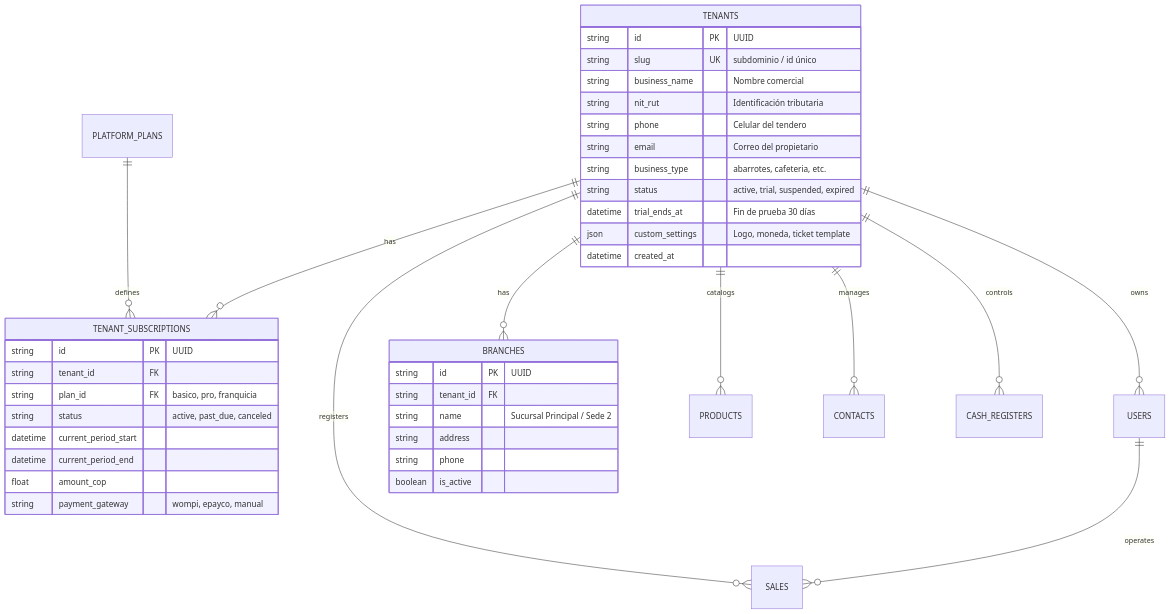
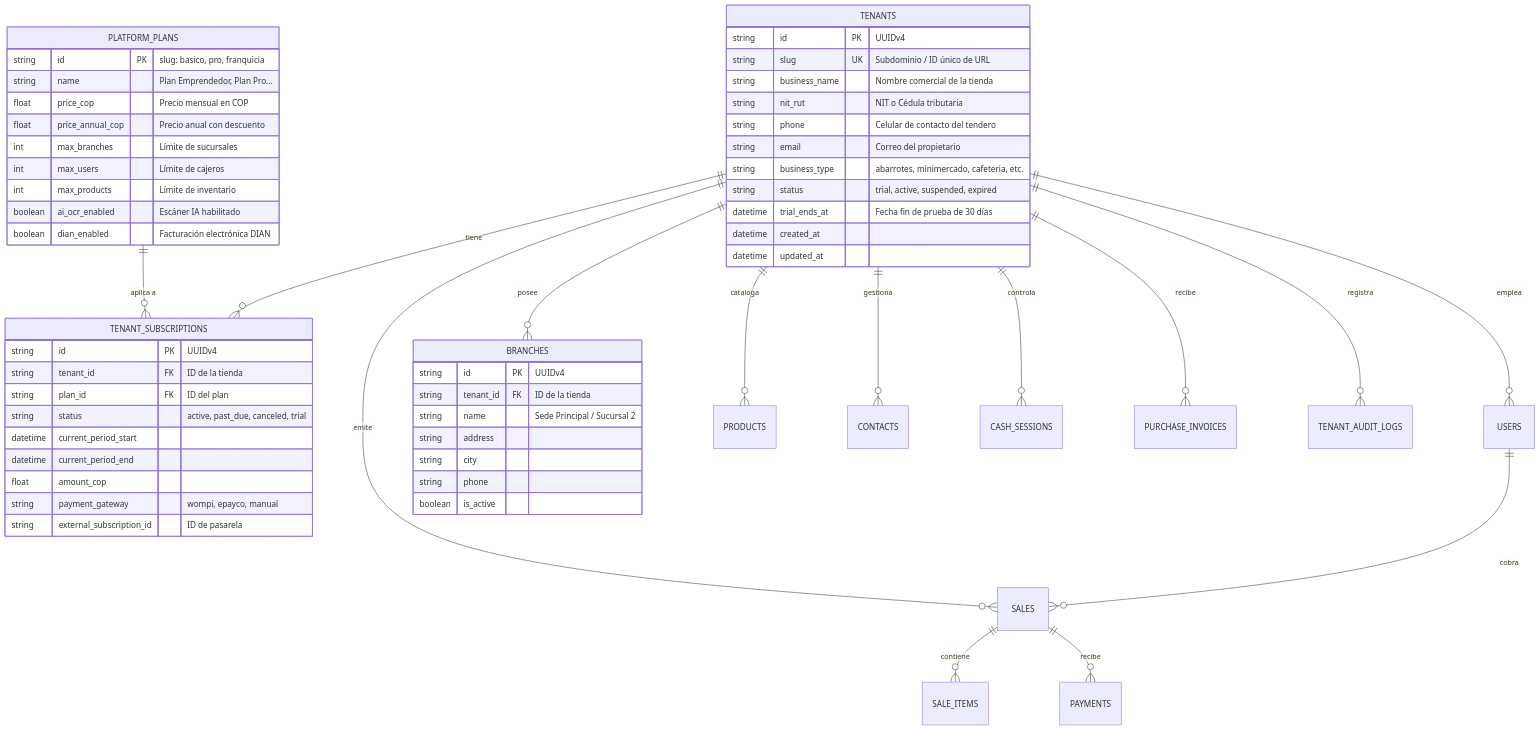
One commit to camilolealdev/Jrpos changed the diagram in docs/PLAN_ARQUITECTURA_SAAS_MULTITENANT_Y_ROLES.md. Above: the diagram before and after it, drawn with Mermaid. The commit also changed other lines of this file, not shown here.

Commit message:
docs: actualizar plan maestro con esquema DDL detallado de base de datos multi-tenant

````diff
--- a/docs/PLAN_ARQUITECTURA_SAAS_MULTITENANT_Y_ROLES.md
+++ b/docs/PLAN_ARQUITECTURA_SAAS_MULTITENANT_Y_ROLES.md
@@ -91,46 +91,64 @@
 ```mermaid
 erDiagram
-    PLATFORM_PLANS ||--o{ TENANT_SUBSCRIPTIONS : defines
-    TENANTS ||--o{ TENANT_SUBSCRIPTIONS : has
-    TENANTS ||--o{ USERS : owns
-    TENANTS ||--o{ BRANCHES : has
-    TENANTS ||--o{ PRODUCTS : catalogs
-    TENANTS ||--o{ SALES : registers
-    TENANTS ||--o{ CONTACTS : manages
-    TENANTS ||--o{ CASH_REGISTERS : controls
-    USERS ||--o{ SALES : operates
+    PLATFORM_PLANS ||--o{ TENANT_SUBSCRIPTIONS : "aplica a"
+    TENANTS ||--o{ TENANT_SUBSCRIPTIONS : "tiene"
+    TENANTS ||--o{ USERS : "emplea"
+    TENANTS ||--o{ BRANCHES : "posee"
+    TENANTS ||--o{ PRODUCTS : "cataloga"
+    TENANTS ||--o{ SALES : "emite"
+    TENANTS ||--o{ CONTACTS : "gestiona"
+    TENANTS ||--o{ CASH_SESSIONS : "controla"
+    TENANTS ||--o{ PURCHASE_INVOICES : "recibe"
+    TENANTS ||--o{ TENANT_AUDIT_LOGS : "registra"
+    USERS ||--o{ SALES : "cobra"
+    SALES ||--o{ SALE_ITEMS : "contiene"
+    SALES ||--o{ PAYMENTS : "recibe"
 
     TENANTS {
-        string id PK "UUID"
-        string slug UK "subdominio / id único"
-        string business_name "Nombre comercial"
-        string nit_rut "Identificación tributaria"
-        string phone "Celular del tendero"
+        string id PK "UUIDv4"
+        string slug UK "Subdominio / ID único de URL"
+        string business_name "Nombre comercial de la tienda"
+        string nit_rut "NIT o Cédula tributaria"
+        string phone "Celular de contacto del tendero"
         string email "Correo del propietario"
-        string business_type "abarrotes, cafeteria, etc."
-        string status "active, trial, suspended, expired"
-        datetime trial_ends_at "Fin de prueba 30 días"
-        json custom_settings "Logo, moneda, ticket template"
+        string business_type "abarrotes, minimercado, cafeteria, etc."
+        string status "trial, active, suspended, expired"
+        datetime trial_ends_at "Fecha fin de prueba de 30 días"
         datetime created_at
+        datetime updated_at
+    }
+
+    PLATFORM_PLANS {
+        string id PK "slug: basico, pro, franquicia"
+        string name "Plan Emprendedor, Plan Pro..."
+        float price_cop "Precio mensual en COP"
+        float price_annual_cop "Precio anual con descuento"
+        int max_branches "Límite de sucursales"
+        int max_users "Límite de cajeros"
+        int max_products "Límite de inventario"
+        boolean ai_ocr_enabled "Escáner IA habilitado"
+        boolean dian_enabled "Facturación electrónica DIAN"
     }
 
     TENANT_SUBSCRIPTIONS {
-        string id PK "UUID"
-        string tenant_id FK
-        string plan_id FK "basico, pro, franquicia"
-        string status "active, past_due, canceled"
+        string id PK "UUIDv4"
+        string tenant_id FK "ID de la tienda"
+        string plan_id FK "ID del plan"
+        string status "active, past_due, canceled, trial"
         datetime current_period_start
         datetime current_period_end
         float amount_cop
         string payment_gateway "wompi, epayco, manual"
+        string external_subscription_id "ID de pasarela"
     }
 
     BRANCHES {
-        string id PK "UUID"
-        string tenant_id FK
-        string name "Sucursal Principal / Sede 2"
+        string id PK "UUIDv4"
+        string tenant_id FK "ID de la tienda"
+        string name "Sede Principal / Sucursal 2"
         string address
+        string city
         string phone
         boolean is_active
     }
 ```
````
